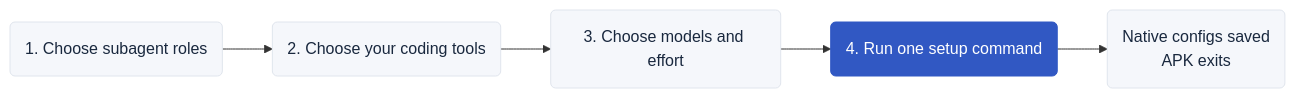
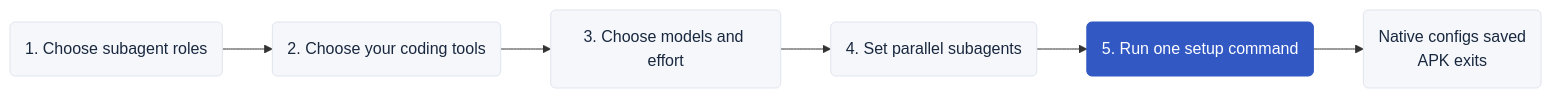
Before and after one commit to automatis-tools/agent-policy-kit: the diagram in README.md, drawn with Mermaid. The commit also changed 4 other files, not shown here.

````diff
--- a/README.md
+++ b/README.md
@@ -9,10 +9,11 @@
 ```mermaid
 flowchart LR
     Roles("1. Choose subagent roles") --> Tools("2. Choose your coding tools")
     Tools --> Models("3. Choose models and effort")
-    Models --> Command("4. Run one setup command")
+    Models --> Parallel("4. Set parallel subagents")
+    Parallel --> Command("5. Run one setup command")
     Command --> Done("Native configs saved<br/>APK exits")
     classDef default fill:#f5f7fb,stroke:#e0e5ed,color:#19283e
     classDef action fill:#3158c3,stroke:#3158c3,color:#ffffff
     class Command action
 ```
````
